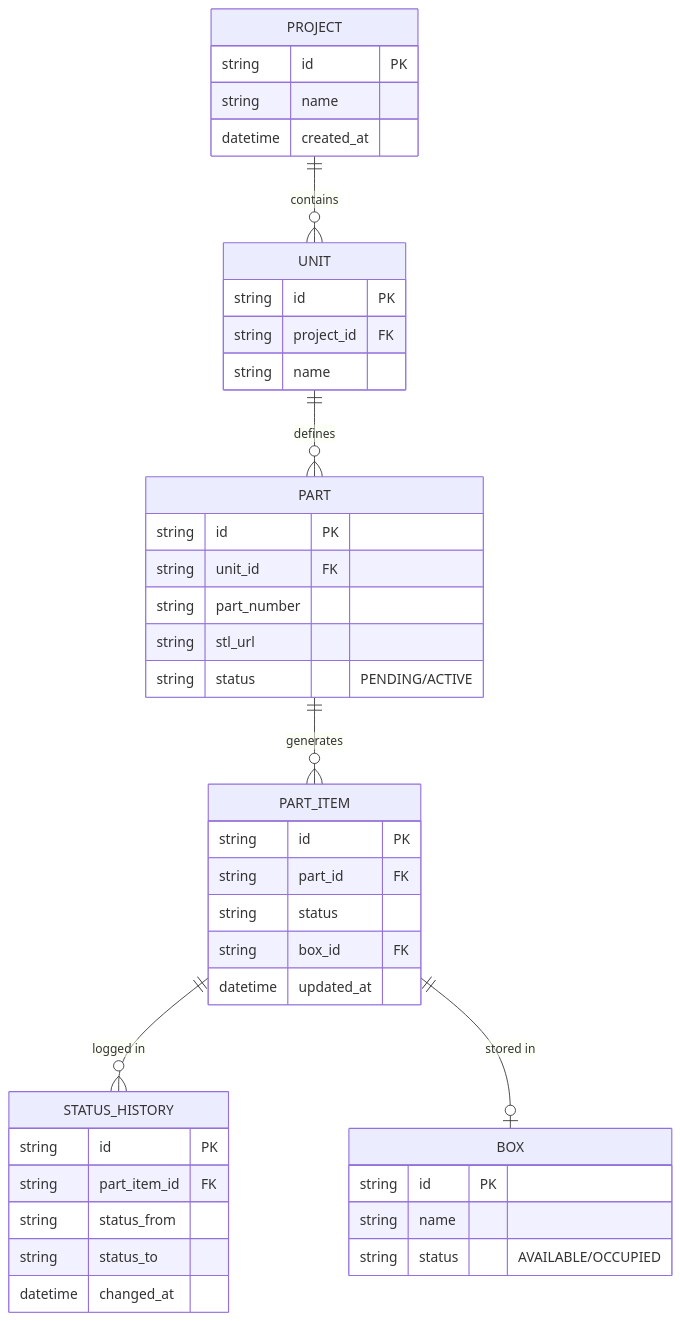
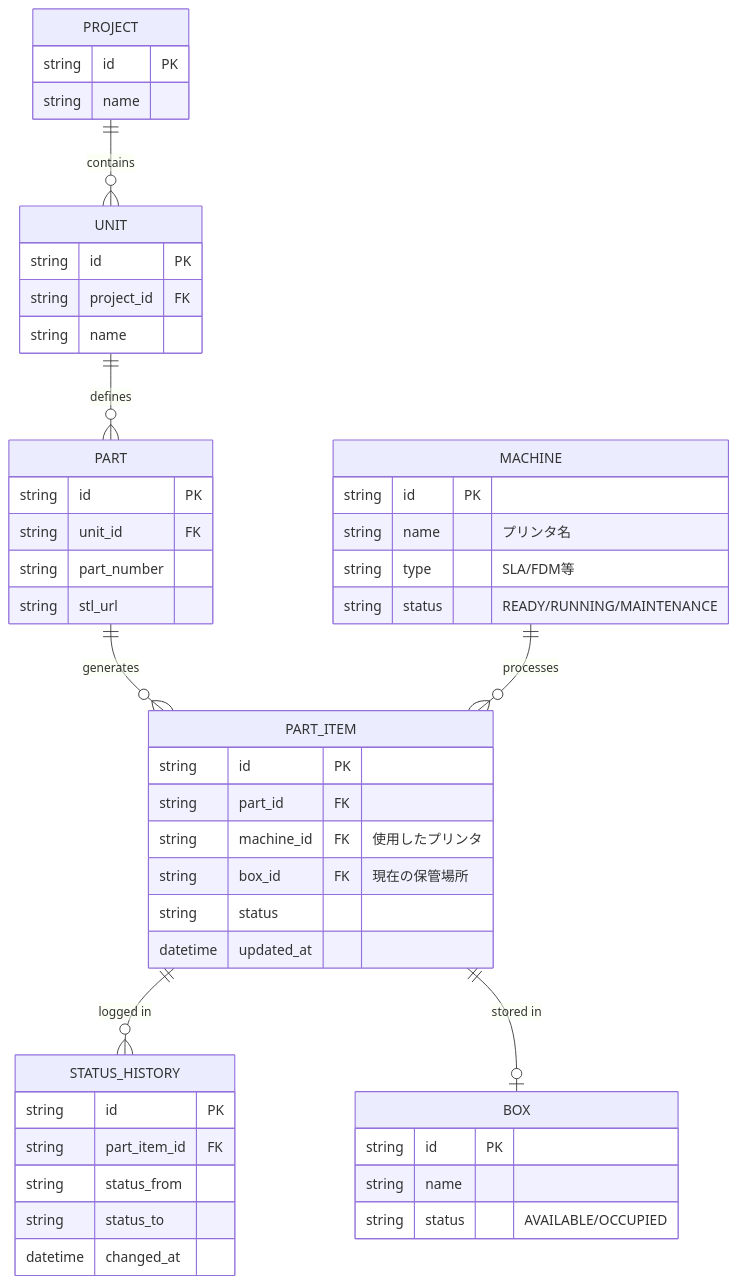
Before and after one commit to Yaeshio/SN-923-plan: the diagram in specs/02_data_model.md, drawn with Mermaid. The commit also changed 6 other files, not shown here.

````diff
--- a/specs/02_data_model.md
+++ b/specs/02_data_model.md
@@ -5,45 +5,51 @@
 ```mermaid
 erDiagram
     PROJECT ||--o{ UNIT : contains
     UNIT ||--o{ PART : defines
     PART ||--o{ PART_ITEM : generates
     PART_ITEM ||--o{ STATUS_HISTORY : "logged in"
     PART_ITEM ||--o| BOX : "stored in"
+    MACHINE ||--o{ PART_ITEM : "processes"
 
     PROJECT {
         string id PK
         string name
-        datetime created_at
     }
     UNIT {
         string id PK
         string project_id FK
         string name
     }
     PART {
         string id PK
         string unit_id FK
         string part_number
         string stl_url
-        string status "PENDING/ACTIVE"
     }
     PART_ITEM {
         string id PK
         string part_id FK
+        string machine_id FK "使用したプリンタ"
+        string box_id FK "現在の保管場所"
         string status
-        string box_id FK
         datetime updated_at
+    }
+    MACHINE {
+        string id PK
+        string name "プリンタ名"
+        string type "SLA/FDM等"
+        string status "READY/RUNNING/MAINTENANCE"
     }
     STATUS_HISTORY {
         string id PK
         string part_item_id FK
         string status_from
         string status_to
         datetime changed_at
     }
     BOX {
         string id PK
         string name
         string status "AVAILABLE/OCCUPIED"
     }
 ```
````
